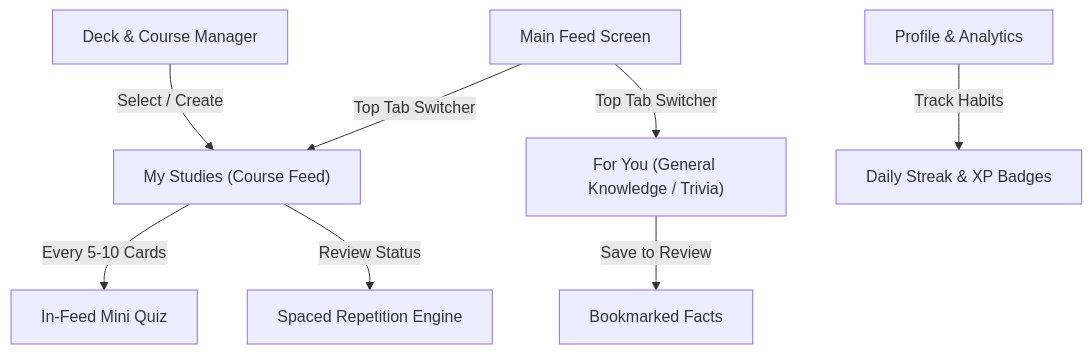
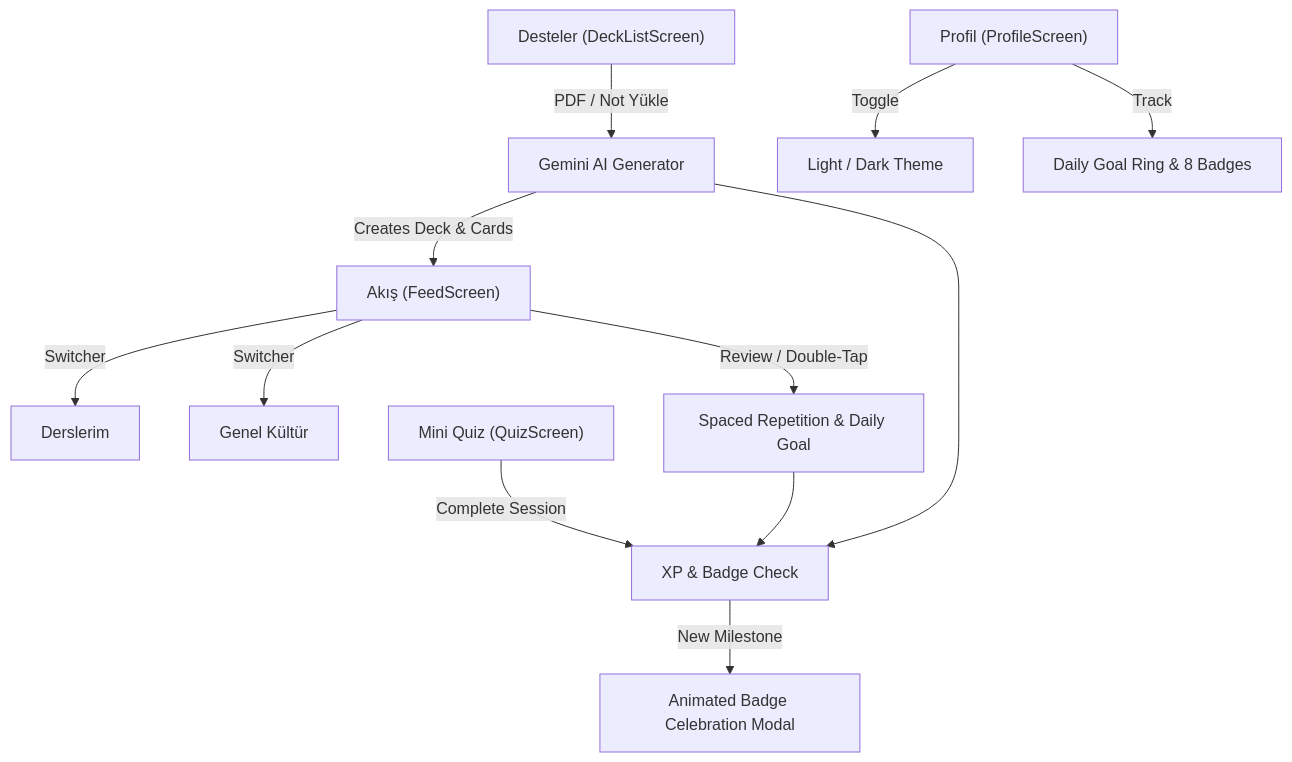
One commit to Hkantosun/Mobile_application_project changed the diagram in README.md. Above: the diagram before and after it, drawn with Mermaid. The commit also changed other lines of this file and 20 other files, not shown here.

Commit message:
feat: add Gemini AI PDF deck generator, dark mode, animated tabs, badge celebrations, and fix daily goal double-counting

````diff
--- a/README.md
+++ b/README.md
@@ -51,10 +57,14 @@
 ```mermaid
 graph TD
-    A["Main Feed Screen"] -->|"Top Tab Switcher"| B["My Studies (Course Feed)"]
-    A -->|"Top Tab Switcher"| C["For You (General Knowledge / Trivia)"]
-    B -->|"Every 5-10 Cards"| D["In-Feed Mini Quiz"]
-    C -->|"Save to Review"| E["Bookmarked Facts"]
-    B -->|"Review Status"| F["Spaced Repetition Engine"]
-    G["Deck & Course Manager"] -->|"Select / Create"| B
-    H["Profile & Analytics"] -->|"Track Habits"| I["Daily Streak & XP Badges"]
+    A["Akış (FeedScreen)"] -->|"Switcher"| B["Derslerim"]
+    A -->|"Switcher"| C["Genel Kültür"]
+    A -->|"Review / Double-Tap"| D["Spaced Repetition & Daily Goal"]
+    E["Desteler (DeckListScreen)"] -->|"PDF / Not Yükle"| F["Gemini AI Generator"]
+    F -->|"Creates Deck & Cards"| A
+    G["Mini Quiz (QuizScreen)"] -->|"Complete Session"| H["XP & Badge Check"]
+    D --> H
+    F --> H
+    H -->|"New Milestone"| I["Animated Badge Celebration Modal"]
+    J["Profil (ProfileScreen)"] -->|"Toggle"| K["Light / Dark Theme"]
+    J -->|"Track"| L["Daily Goal Ring & 8 Badges"]
 ```
````
